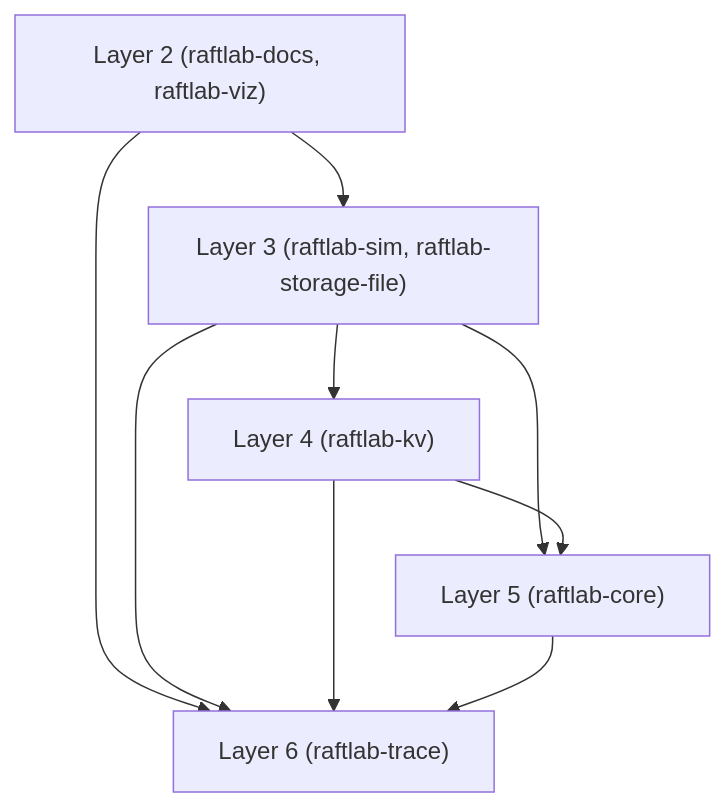
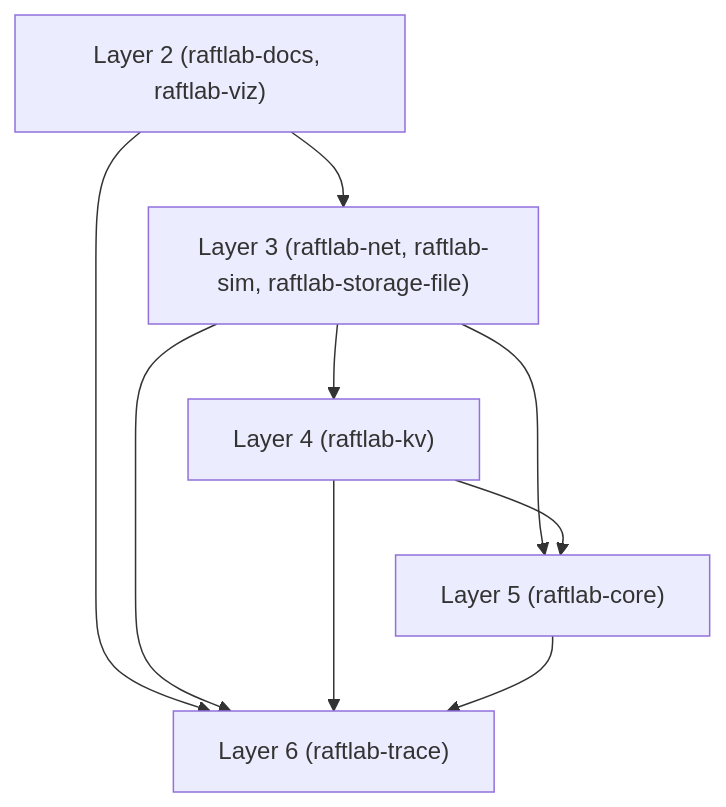
Before and after one commit to ok0/raftlab: the diagram in README.md, drawn with Mermaid. The commit also changed 26 other files, not shown here.

````diff
--- a/README.md
+++ b/README.md
@@ -8,16 +8,16 @@
 ```mermaid
 flowchart TB
     n0["Layer 2 (raftlab-docs, raftlab-viz)"]
-    n1["Layer 3 (raftlab-sim, raftlab-storage-file)"]
+    n1["Layer 3 (raftlab-net, raftlab-sim, raftlab-storage-file)"]
     n2["Layer 4 (raftlab-kv)"]
     n3["Layer 5 (raftlab-core)"]
     n4["Layer 6 (raftlab-trace)"]
     n0 --> n1
     n0 --> n4
     n1 --> n2
     n1 --> n3
     n1 --> n4
     n2 --> n3
     n2 --> n4
     n3 --> n4
 ```
````
